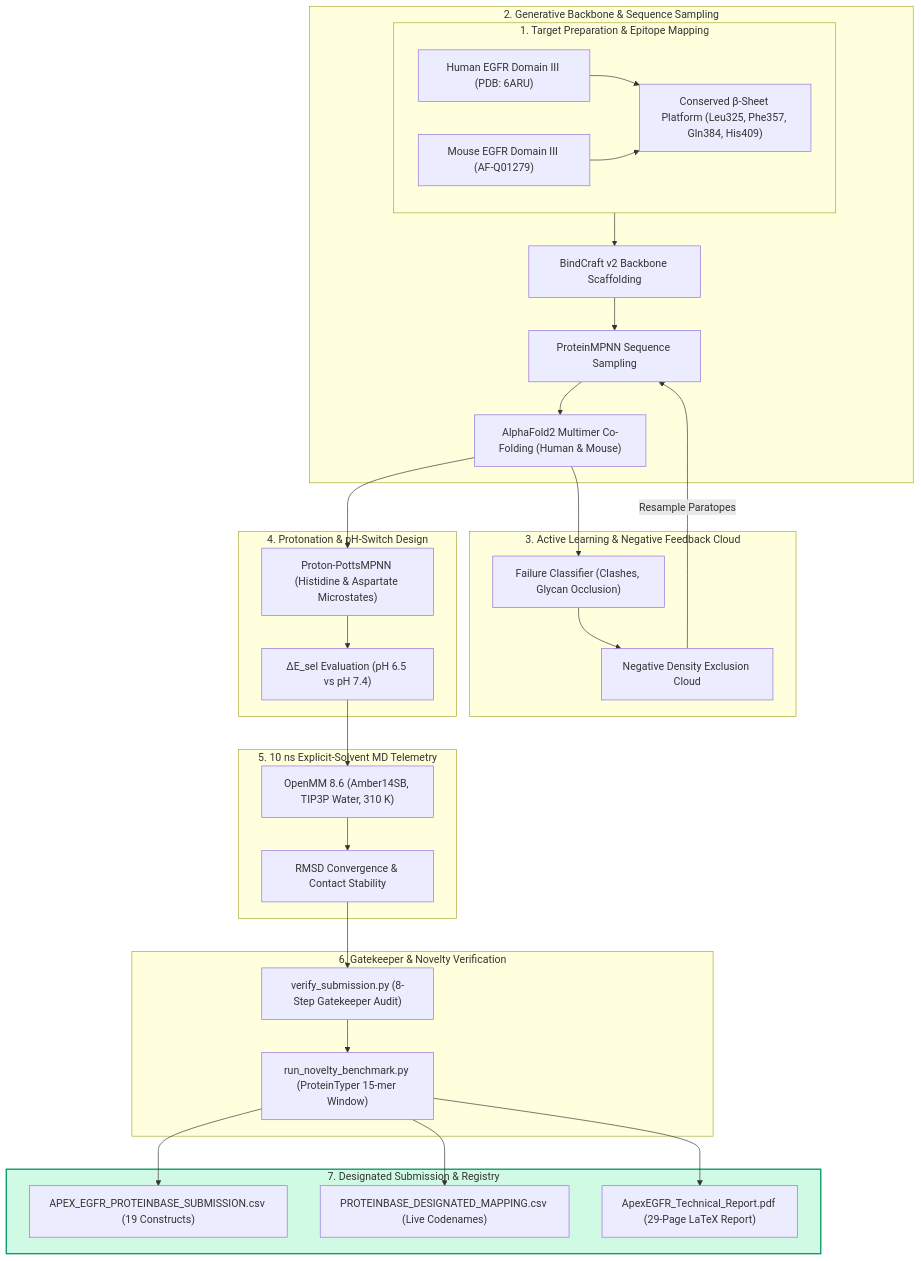
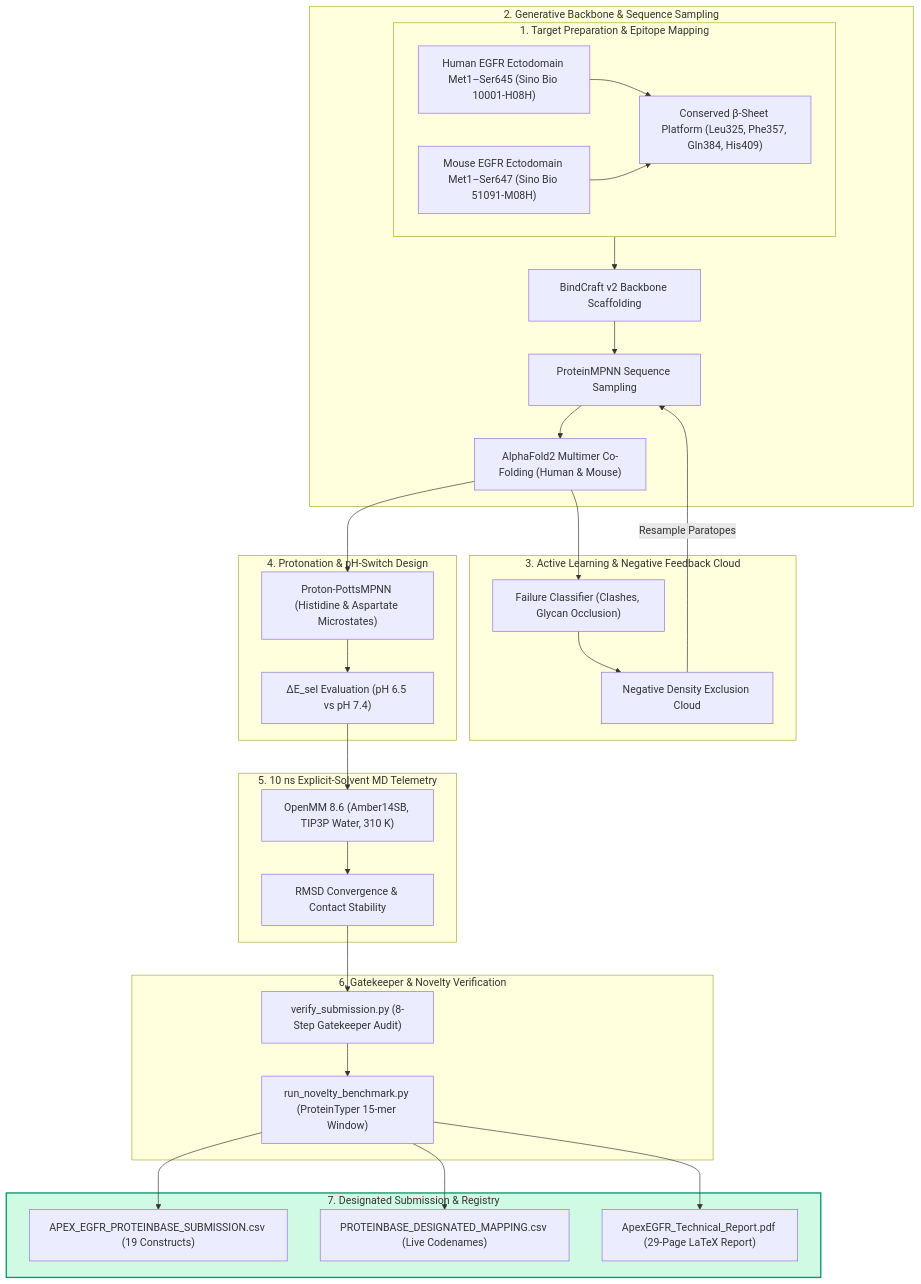
The diagram in README.md (QntmSeer/ApexEGFR), drawn with Mermaid before and after one commit. The commit also changed 2 other files, not shown here.

Commit message:
docs: integrate official Sino Biological target catalog numbers and Adaptyv Bio assay testing matrix

````diff
--- a/README.md
+++ b/README.md
@@ -66,54 +66,54 @@
 ```mermaid
 flowchart TD
     subgraph S1["1. Target Preparation & Epitope Mapping"]
-        T1["Human EGFR Domain III (PDB: 6ARU)"]
-        T2["Mouse EGFR Domain III (AF-Q01279)"]
+        T1["Human EGFR Ectodomain Met1–Ser645 (Sino Bio 10001-H08H)"]
+        T2["Mouse EGFR Ectodomain Met1–Ser647 (Sino Bio 51091-M08H)"]
         H1["Conserved β-Sheet Platform (Leu325, Phe357, Gln384, His409)"]
         T1 --> H1
         T2 --> H1
     end
 
     subgraph S2["2. Generative Backbone & Sequence Sampling"]
         B1["BindCraft v2 Backbone Scaffolding"]
         P1["ProteinMPNN Sequence Sampling"]
         A1["AlphaFold2 Multimer Co-Folding (Human & Mouse)"]
         S1 --> B1 --> P1 --> A1
     end
 
     subgraph S3["3. Active Learning & Negative Feedback Cloud"]
         F1["Failure Classifier (Clashes, Glycan Occlusion)"]
         N1["Negative Density Exclusion Cloud"]
         A1 --> F1 --> N1
         N1 -- "Resample Paratopes" --> P1
     end
 
     subgraph S4["4. Protonation & pH-Switch Design"]
         PMPNN["Proton-PottsMPNN (Histidine & Aspartate Microstates)"]
         DESEL["ΔE_sel Evaluation (pH 6.5 vs pH 7.4)"]
         A1 --> PMPNN --> DESEL
     end
 
     subgraph S5["5. 10 ns Explicit-Solvent MD Telemetry"]
         OMM["OpenMM 8.6 (Amber14SB, TIP3P Water, 310 K)"]
         RMSD["RMSD Convergence & Contact Stability"]
         DESEL --> OMM --> RMSD
     end
 
     subgraph S6["6. Gatekeeper & Novelty Verification"]
         VERIFY["verify_submission.py (8-Step Gatekeeper Audit)"]
         TYPER["run_novelty_benchmark.py (ProteinTyper 15-mer Window)"]
         RMSD --> VERIFY
         VERIFY --> TYPER
     end
 
     subgraph S7["7. Designated Submission & Registry"]
         SUB["APEX_EGFR_PROTEINBASE_SUBMISSION.csv (19 Constructs)"]
         REG["PROTEINBASE_DESIGNATED_MAPPING.csv (Live Codenames)"]
         REPORT["ApexEGFR_Technical_Report.pdf (29-Page LaTeX Report)"]
         TYPER --> SUB & REG & REPORT
     end
 
     classDef stage fill:#f9f9f9,stroke:#333,stroke-width:1px;
     classDef highlight fill:#d1fae5,stroke:#059669,stroke-width:2px;
     class S7 highlight;
 ```
````
